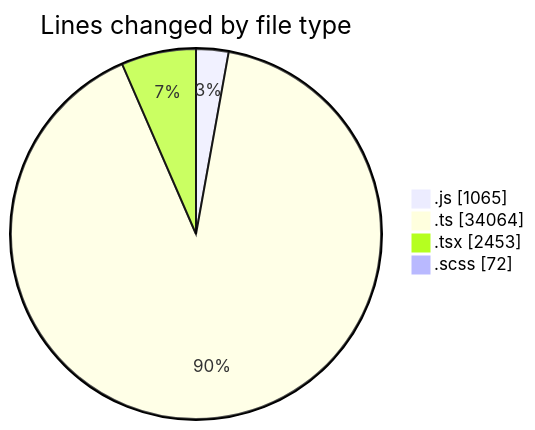
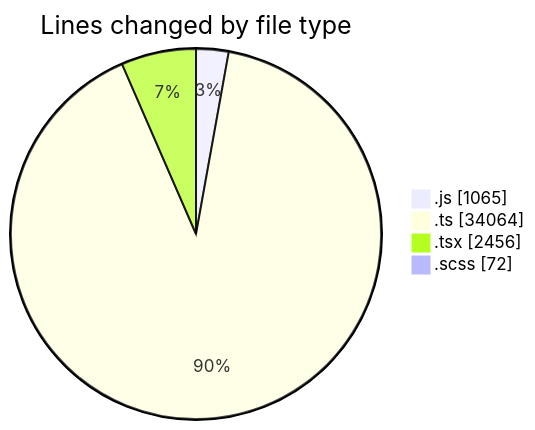
Before and after one commit to momahboobian/code-tracking: the first of 2 diagrams in 2026-10-06/cda/README.md, drawn with Mermaid. The commit also changed other lines of this file and 1 other file, not shown here.

````diff
--- a/2026-10-06/cda/README.md
+++ b/2026-10-06/cda/README.md
@@ -52,8 +52,8 @@
 ```mermaid
 pie showData
 title Lines changed by file type
 ".js" : 1065
 ".ts" : 34064
-".tsx" : 2453
+".tsx" : 2456
 ".scss" : 72
 ```
````
